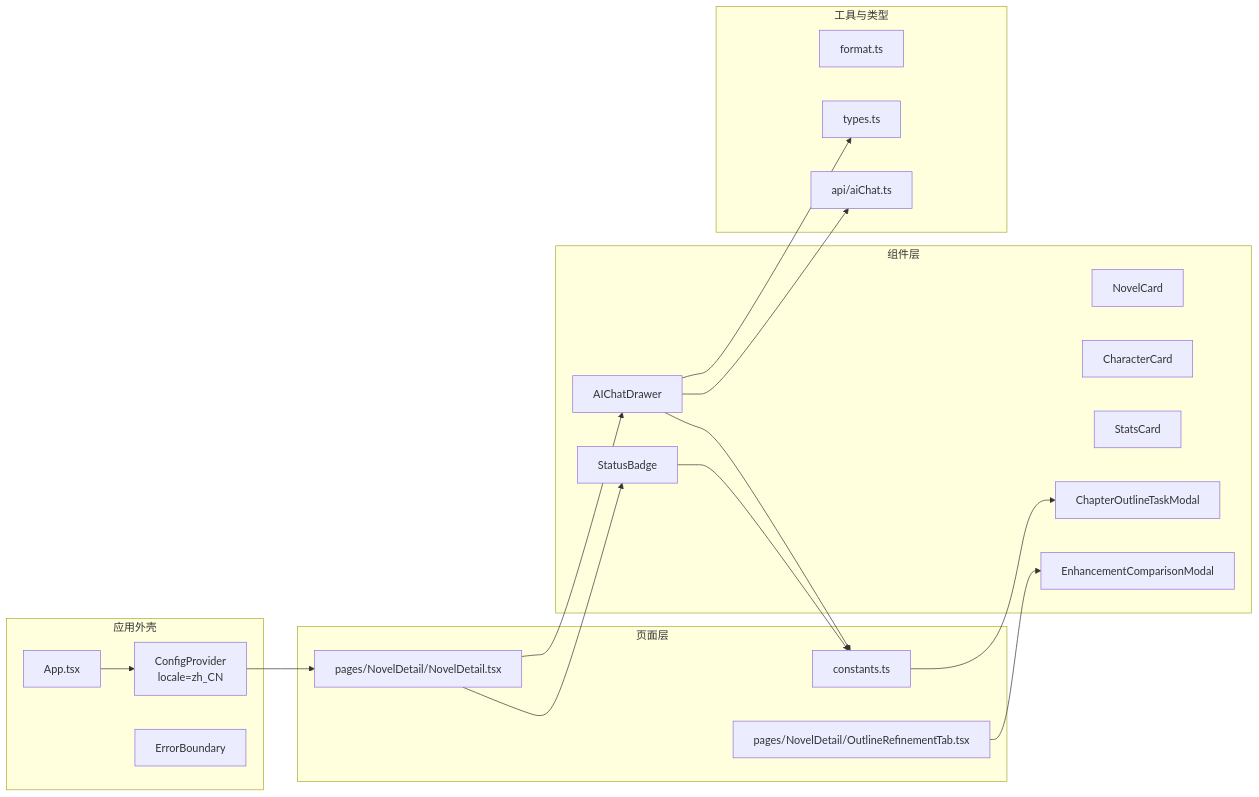
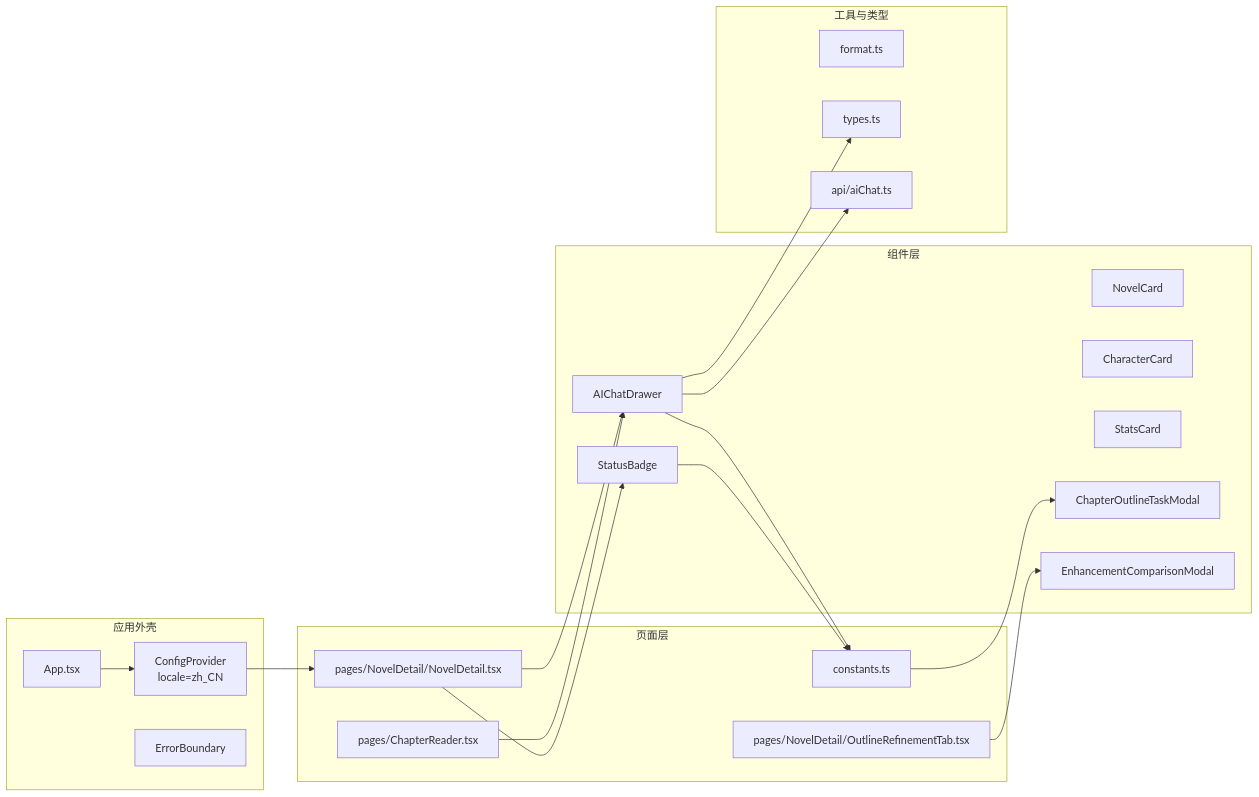
The second of 8 diagrams in .qoder/repowiki/zh/content/前端架构/UI组件库/UI组件库.md (xfbyxq/ai-novel-system), drawn with Mermaid before and after one commit. The commit also changed other lines of this file and 6 other files, not shown here.

````diff
--- a/.qoder/repowiki/zh/content/前端架构/UI组件库/UI组件库.md
+++ b/.qoder/repowiki/zh/content/前端架构/UI组件库/UI组件库.md
@@ -136,37 +142,39 @@
 ```mermaid
 graph LR
 subgraph "应用外壳"
 APP["App.tsx"]
 CFG["ConfigProvider<br/>locale=zh_CN"]
 EB["ErrorBoundary"]
 end
 subgraph "页面层"
 ND["pages/NovelDetail/NovelDetail.tsx"]
 CT["pages/NovelDetail/ChaptersTab.tsx"]
 OR["pages/NovelDetail/OutlineRefinementTab.tsx"]
+CR["pages/ChapterReader.tsx"]
 end
 subgraph "组件层"
 NC["NovelCard"]
 CC["CharacterCard"]
 ACD["AIChatDrawer"]
 SB["StatusBadge"]
 SC["StatsCard"]
 CTM["ChapterOutlineTaskModal"]
 ECM["EnhancementComparisonModal"]
 end
 subgraph "工具与类型"
 CT["constants.ts"]
 FM["format.ts"]
 TP["types.ts"]
 TAC["api/aiChat.ts"]
 end
 APP --> CFG --> ND
 ND --> ACD
 ND --> SB
 CT --> CTM
 OR --> ECM
+CR --> ACD
 ACD --> TP
 ACD --> TAC
 ACD --> CT
 SB --> CT
 ```
````
